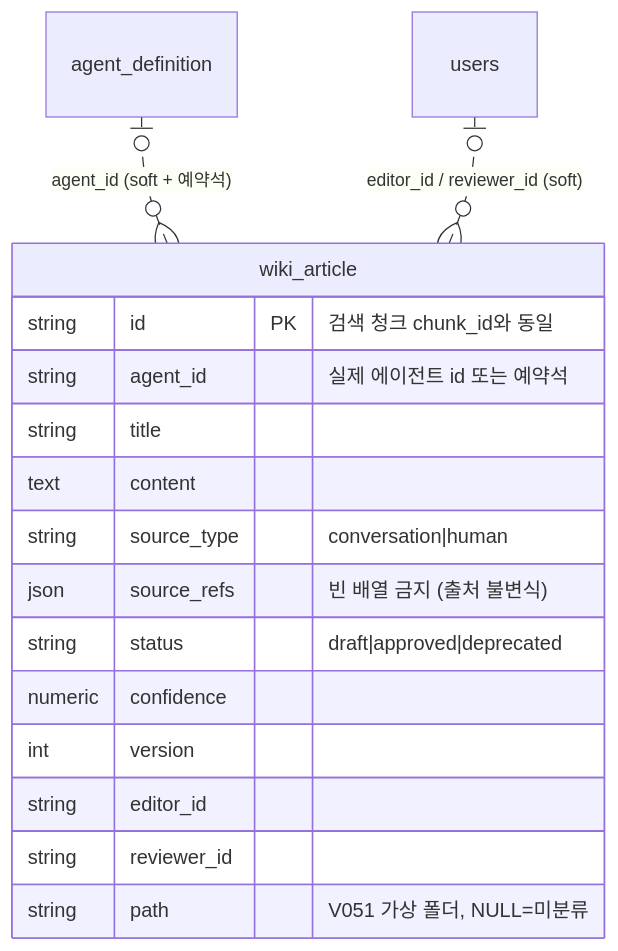
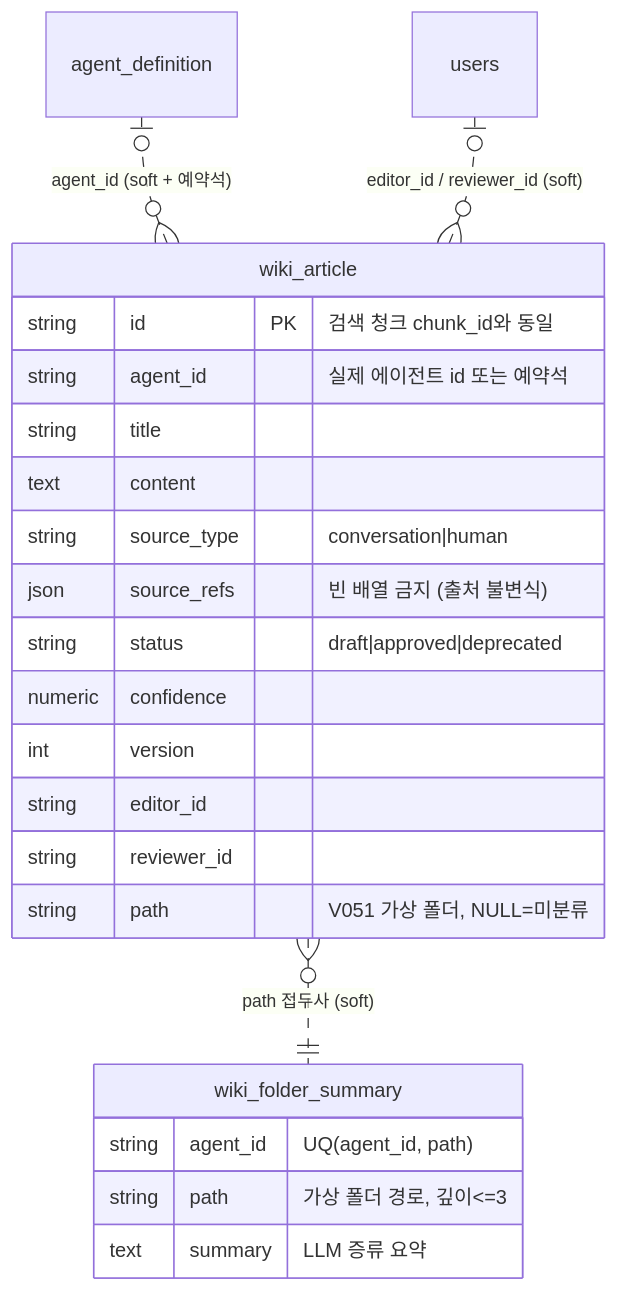
Before and after one commit to sangkyu-bae/agent: the diagram in docs/wiki/backend/db/erd-wiki.md, drawn with Mermaid. The commit also changed other lines of this file and 49 other files, not shown here.

````diff
--- a/docs/wiki/backend/db/erd-wiki.md
+++ b/docs/wiki/backend/db/erd-wiki.md
@@ -19,20 +21,27 @@
 ```mermaid
 erDiagram
     agent_definition |o..o{ wiki_article : "agent_id (soft + 예약석)"
     users |o..o{ wiki_article : "editor_id / reviewer_id (soft)"
+    wiki_article }o..|| wiki_folder_summary : "path 접두사 (soft)"
+
+    wiki_folder_summary {
+        string agent_id "UQ(agent_id, path)"
+        string path "가상 폴더 경로, 깊이<=3"
+        text summary "LLM 증류 요약"
+    }
 
     wiki_article {
         string id PK "검색 청크 chunk_id와 동일"
         string agent_id "실제 에이전트 id 또는 예약석"
         string title
         text content
         string source_type "conversation|human"
         json source_refs "빈 배열 금지 (출처 불변식)"
         string status "draft|approved|deprecated"
         numeric confidence
         int version
         string editor_id
         string reviewer_id
         string path "V051 가상 폴더, NULL=미분류"
     }
 ```
````
